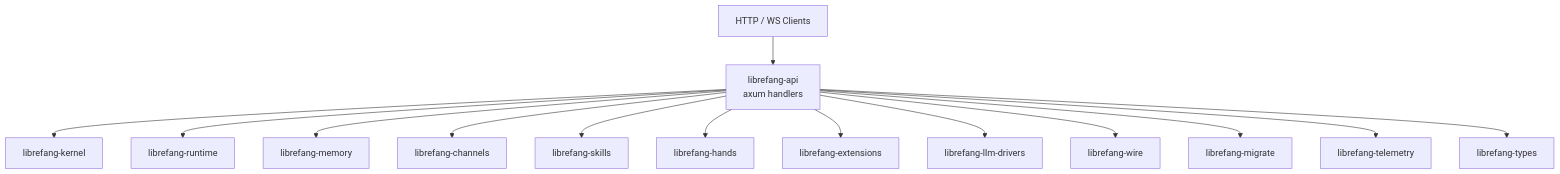
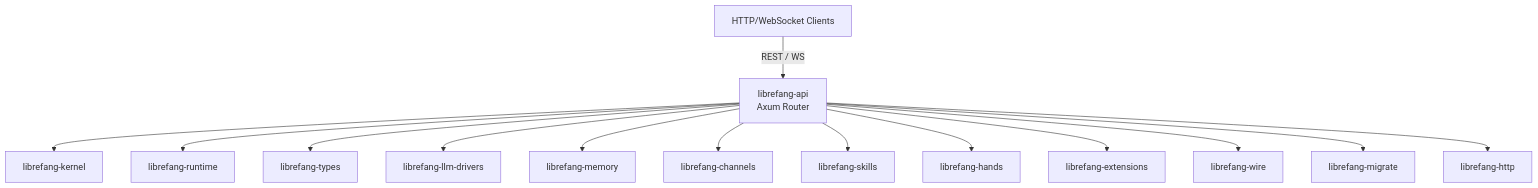
One commit to leszek3737/librefang-WIki changed the diagram in other-librefang-api.md. Above: the diagram before and after it, drawn with Mermaid. The commit also changed other lines of this file and 99 other files, not shown here.

````diff
--- a/other-librefang-api.md
+++ b/other-librefang-api.md
@@ -11,16 +9,20 @@
 ```mermaid
 graph TD
-    Client[HTTP / WS Clients] --> API[librefang-api<br>axum handlers]
+    Client[HTTP/WebSocket Clients]
+    API[librefang-api<br>Axum Router]
+    
+    Client -->|REST / WS| API
+    
     API --> Kernel[librefang-kernel]
     API --> Runtime[librefang-runtime]
+    API --> Types[librefang-types]
+    API --> LLM[librefang-llm-drivers]
     API --> Memory[librefang-memory]
     API --> Channels[librefang-channels]
     API --> Skills[librefang-skills]
     API --> Hands[librefang-hands]
     API --> Extensions[librefang-extensions]
-    API --> LLM[librefang-llm-drivers]
     API --> Wire[librefang-wire]
     API --> Migrate[librefang-migrate]
-    API --> Telemetry[librefang-telemetry]
-    API --> Types[librefang-types]
+    API --> HTTP[librefang-http]
 ```
````
